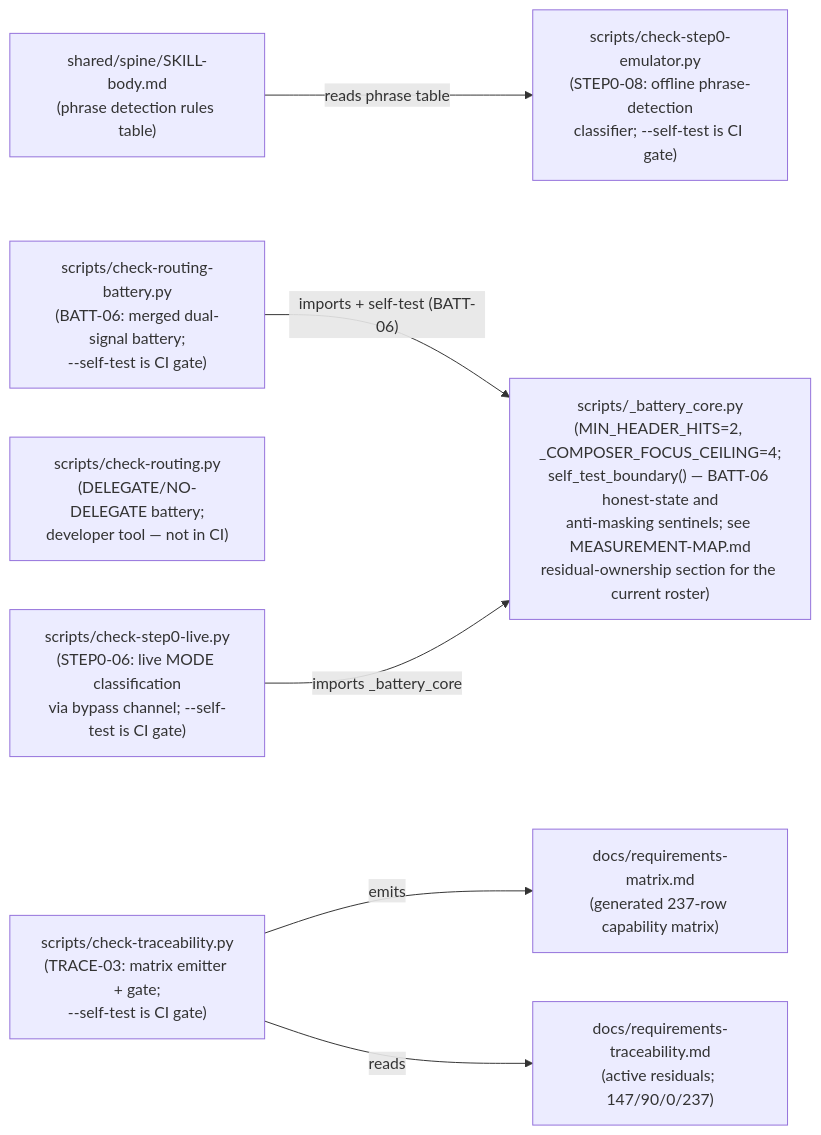
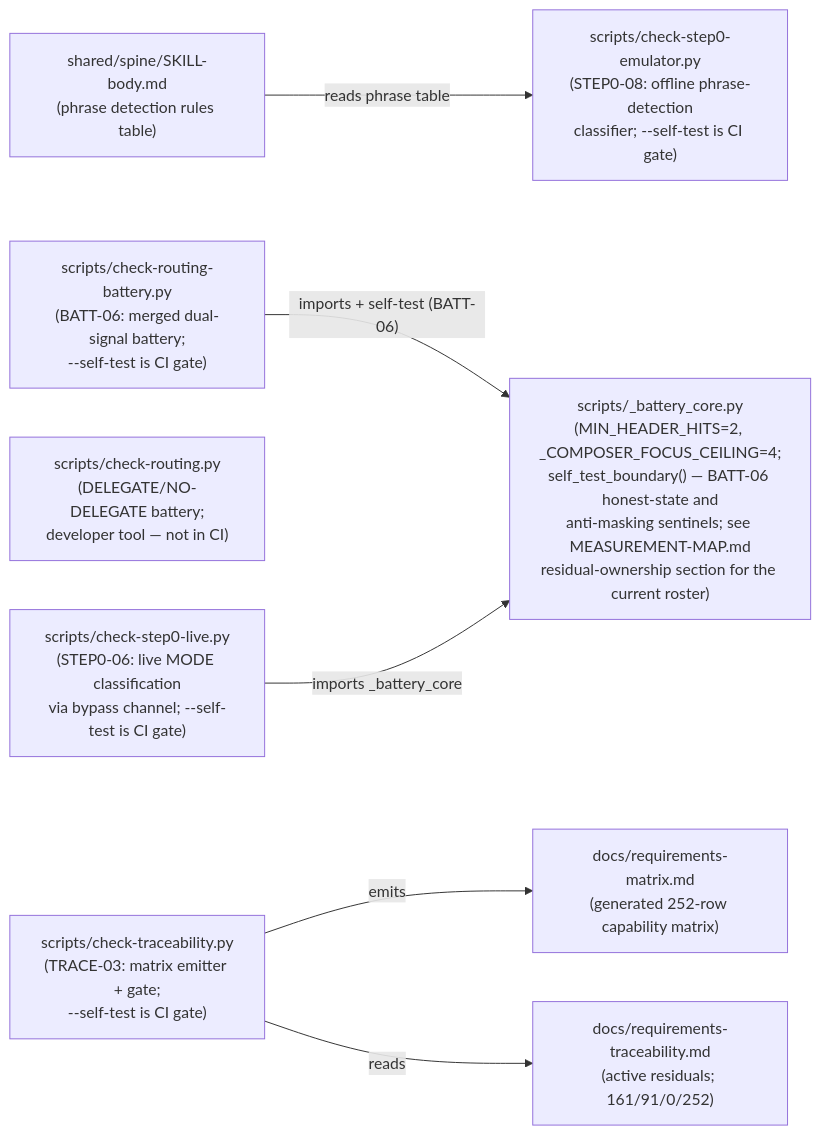
The second of 2 diagrams in docs/COMPONENT-DIAGRAM.md (chrisdavidson/first-principles-skill), drawn with Mermaid before and after one commit. The commit also changed 3 other files, not shown here.

````diff
--- a/docs/COMPONENT-DIAGRAM.md
+++ b/docs/COMPONENT-DIAGRAM.md
@@ -83,24 +83,24 @@
 ```mermaid
 flowchart LR
     SKILLBODY["shared/spine/SKILL-body.md\n(phrase detection rules table)"]
 
     CORE["scripts/_battery_core.py\n(MIN_HEADER_HITS=2, _COMPOSER_FOCUS_CEILING=4;\nself_test_boundary() — BATT-06 honest-state and\nanti-masking sentinels; see MEASUREMENT-MAP.md\nresidual-ownership section for the current roster)"]
 
     BATT["scripts/check-routing-battery.py\n(BATT-06: merged dual-signal battery;\n--self-test is CI gate)"]
     ROUTING["scripts/check-routing.py\n(DELEGATE/NO-DELEGATE battery;\ndeveloper tool — not in CI)"]
 
     EMU["scripts/check-step0-emulator.py\n(STEP0-08: offline phrase-detection\nclassifier; --self-test is CI gate)"]
     LIVE["scripts/check-step0-live.py\n(STEP0-06: live MODE classification\nvia bypass channel; --self-test is CI gate)"]
 
     TRACE["scripts/check-traceability.py\n(TRACE-03: matrix emitter + gate;\n--self-test is CI gate)"]
-    MATRIX["docs/requirements-matrix.md\n(generated 237-row capability matrix)"]
-    TRACEABILITY["docs/requirements-traceability.md\n(active residuals; 147/90/0/237)"]
+    MATRIX["docs/requirements-matrix.md\n(generated 252-row capability matrix)"]
+    TRACEABILITY["docs/requirements-traceability.md\n(active residuals; 161/91/0/252)"]
 
     SKILLBODY -->|"reads phrase table"| EMU
 
     BATT -->|"imports + self-test (BATT-06)"| CORE
     LIVE -->|"imports _battery_core"| CORE
 
     TRACE -->|"emits"| MATRIX
     TRACE -->|"reads"| TRACEABILITY
 ```
````
